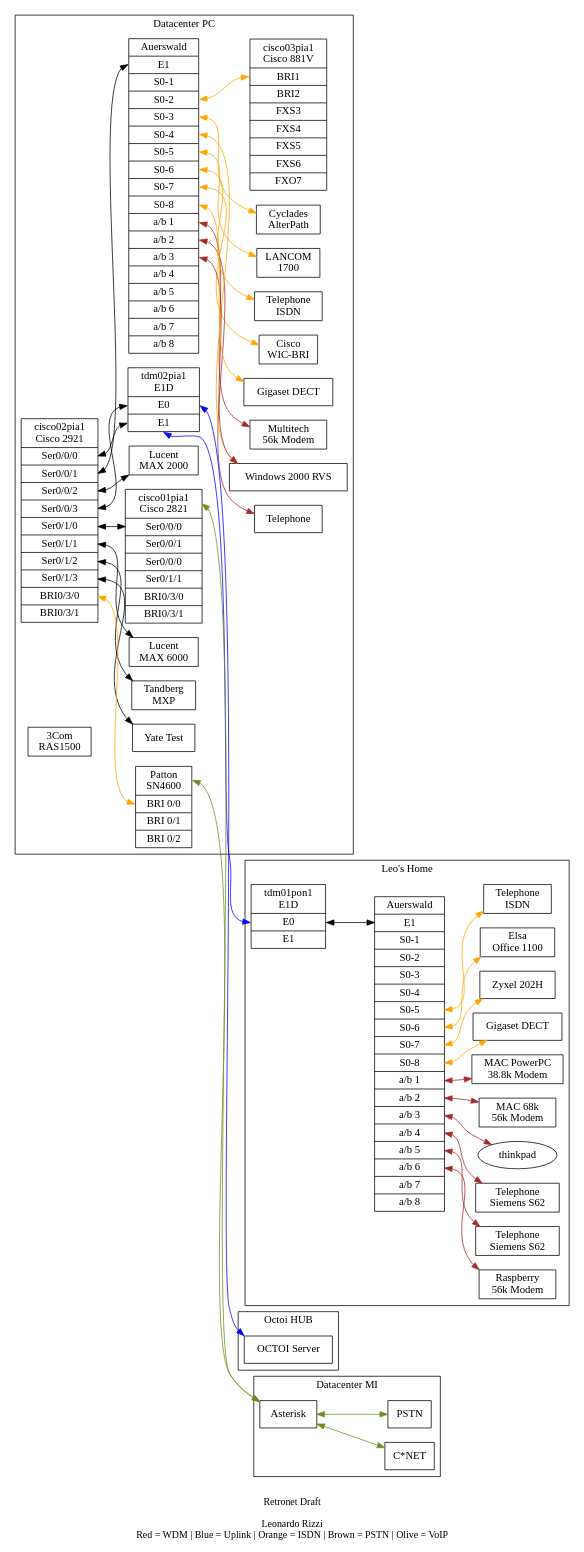
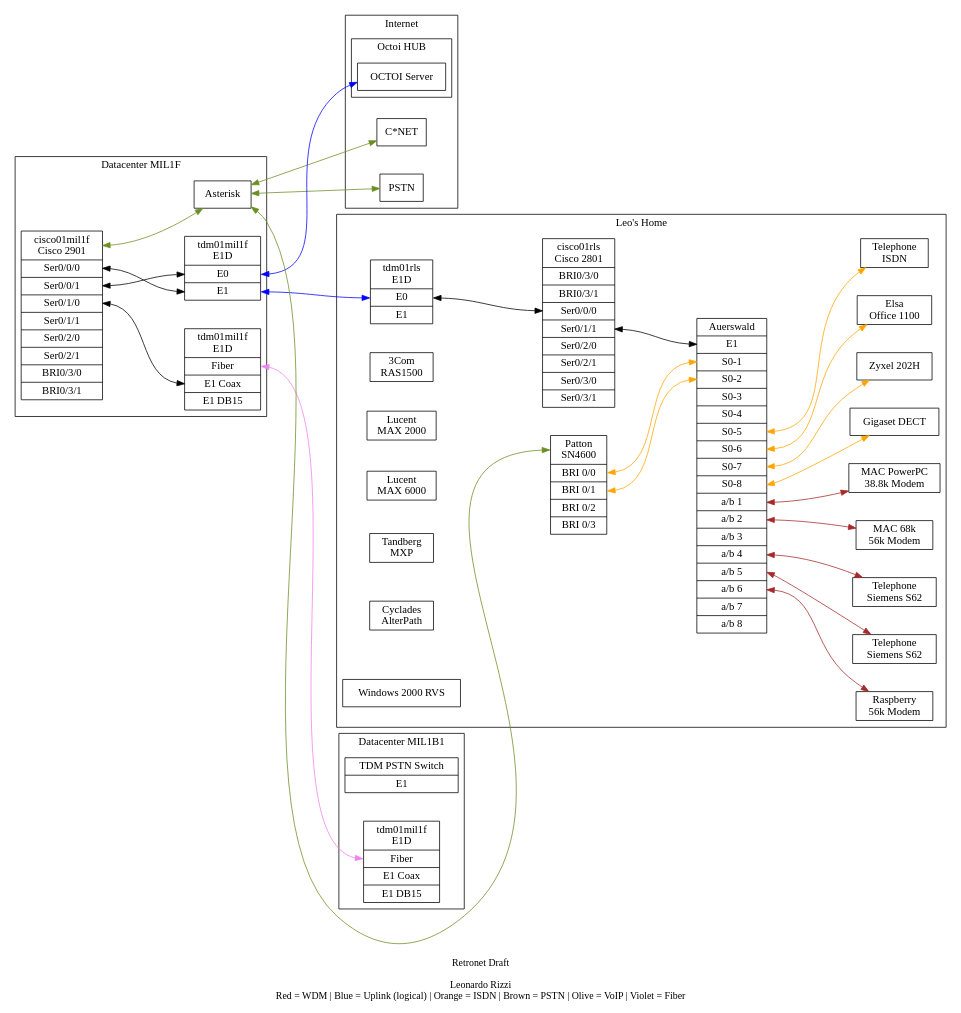
One commit to lrizzi/retronet changed the diagram in e1d.gv. Above: the diagram before and after it, drawn with Graphviz. The commit also changed 2 other files, not shown here.

```diff
--- a/e1d.gv
+++ b/e1d.gv
@@ -1,176 +1,150 @@
 graph TDM {
-//graph [nodesep=0.5, ranksep=0.5];
+graph [nodesep=0.5, ranksep=1.5];
 //rankdir=RL;
 rankdir=LR;
 //clusterrank=none
 compound=true;
 edge [dir="both"]
 //concentrate=true
 
 subgraph cluster0 {
-  label="Datacenter PC";
-  compt01pia1 [shape=record,label="<host>Auerswald|<e1>E1|<s01>S0-1|<s02>S0-2|<s03>S0-3|<s04>S0-4|<s05>S0-5|<s06>S0-6|<s07>S0-7|<s08>S0-8|<ab1>a/b 1|<ab2>a/b 2|<ab3>a/b 3|<ab4>a/b 4|<ab5>a/b 5|<ab6>a/b 6|<ab7>a/b 7|<ab8>a/b 8"];
-  //tdm01pia1 [shape=record,label="<host>tdm01pia1\nPacketBand|<e1>E1"];
-  tdm02pia1 [shape=record,label="<host>tdm02pia1\nE1D|<e0>E0|<e1>E1"];
+  label="Internet";
 
-  cisco01pia1 [shape=record,label="<host>cisco01pia1\nCisco 2821|<s000>Ser0/0/0|<s001>Ser0/0/1|<s010>Ser0/0/0|<s011>Ser0/1/1|<bri030>BRI0/3/0|<bri031>BRI0/3/1"];
-  cisco02pia1 [shape=record,label="<host>cisco02pia1\nCisco 2921|<s000>Ser0/0/0|<s001>Ser0/0/1|<s002>Ser0/0/2|<s003>Ser0/0/3|<s010>Ser0/1/0|<s011>Ser0/1/1|<s012>Ser0/1/2|<s013>Ser0/1/3|<bri030>BRI0/3/0|<bri031>BRI0/3/1"];
+  cnet [shape=record,label="<host>C*NET"]
+  pstn [shape=record,label="<host>PSTN"]
 
-  cisco03pia1 [shape=record,label="<host>cisco03pia1\nCisco 881V|<bri1>BRI1|<bri2>BRI2|<fxs3>FXS3|<fxs4>FXS4|<fxs5>FXS5|<fxs6>FXS6|<fxo7>FXO7"];
+subgraph cluster00 {
+  label="Octoi HUB";
 
+  octoihub [shape=record,label="OCTOI Server"];
 
-  ras01pia1 [shape=record,label="<host>3Com\nRAS1500"]
-  max01pia1 [shape=record,label="<host>Lucent\nMAX 2000"]
-  max02pia1 [shape=record,label="<host>Lucent\nMAX 6000"]
+}
+}
+
+subgraph cluster1 {
+  label="Datacenter MIL1F";
+  
+  pbx02mil1 [shape=record,label="<host>Asterisk"]
+
+  tdm01mil1f [shape=record,label="<host>tdm01mil1f\nE1D|<e0>E0|<e1>E1"];
+  cisco01mil1f [shape=record,label="<host>cisco01mil1f\nCisco 2901|<s000>Ser0/0/0|<s001>Ser0/0/1|<s010>Ser0/1/0|<s011>Ser0/1/1|<s020>Ser0/2/0|<s021>Ser0/2/1|<bri030>BRI0/3/0|<bri031>BRI0/3/1"];
+
+  fom01mil1f [shape=record,label="<host>tdm01mil1f\nE1D|<fiber>Fiber|<e1coax>E1 Coax|<e1db15>E1 DB15"];
+
+}
+
+subgraph cluster2 {
+  label="Datacenter MIL1B1";
+  
+  tdm01mil1b1 [shape=record,label="<host>TDM PSTN Switch|<e1>E1"];
+  fom01mil1b1 [shape=record,label="<host>tdm01mil1f\nE1D|<fiber>Fiber|<e1coax>E1 Coax|<e1db15>E1 DB15"];
+  
+}
+
+subgraph cluster3 {
+  label="Leo's Home";
+  compt01rls [shape=record,label="<host>Auerswald|<e1>E1|<s01>S0-1|<s02>S0-2|<s03>S0-3|<s04>S0-4|<s05>S0-5|<s06>S0-6|<s07>S0-7|<s08>S0-8|<ab1>a/b 1|<ab2>a/b 2|<ab3>a/b 3|<ab4>a/b 4|<ab5>a/b 5|<ab6>a/b 6|<ab7>a/b 7|<ab8>a/b 8"];
+  tdm01rls [shape=record,label="<host>tdm01rls\nE1D|<e0>E0|<e1>E1"];
+
+  gigaset01rls [shape=record,label="Gigaset DECT"];
+  r02rls [shape=record,label="Zyxel 202H"]
+  r01rls [shape=record,label="Elsa\nOffice 1100"]
+
+  tel01rls [shape=record,label="Telephone\nSiemens S62"];
+  tel02rls [shape=record,label="Telephone\nSiemens S62"];
+
+  itel01rls [shape=record,label="Telephone\nISDN"];
+  
+  modem01rls [shape=record,label="MAC PowerPC\n38.8k Modem"];
+  modem02rls [shape=record,label="MAC 68k\n56k Modem"];
+  modem03rls [shape=record,label="Raspberry\n56k Modem"];
+
+  patton01 [shape=record,label="<host>Patton\nSN4600|<bri00>BRI 0/0|<bri01>BRI 0/1|<bri02>BRI 0/2|<bri03>BRI 0/3"]
+  cisco01rls [shape=record,label="<host>cisco01rls\nCisco 2801|<bri030>BRI0/3/0|<bri031>BRI0/3/1|<s010>Ser0/0/0|<s011>Ser0/1/1|<s020>Ser0/2/0|<s021>Ser0/2/1|<s030>Ser0/3/0|<s031>Ser0/3/1"];
+
+  //compt02rls [shape=record,label="<host>Auerswald|<e1>E1|<s01>S0-1|<s02>S0-2|<s03>S0-3|<s04>S0-4|<s05>S0-5|<s06>S0-6|<s07>S0-7|<s08>S0-8|<ab1>a/b 1|<ab2>a/b 2|<ab3>a/b 3|<ab4>a/b 4|<ab5>a/b 5|<ab6>a/b 6|<ab7>a/b 7|<ab8>a/b 8"];
+  //cisco01rls [shape=record,label="<host>cisco01rls\nCisco 2821|<s000>Ser0/0/0|<s001>Ser0/0/1|<s010>Ser0/0/0|<s011>Ser0/1/1|<bri030>BRI0/3/0|<bri031>BRI0/3/1"];
+  //cisco02rls [shape=record,label="<host>cisco02rls\nCisco 2921|<s000>Ser0/0/0|<s001>Ser0/0/1|<s002>Ser0/0/2|<s003>Ser0/0/3|<s010>Ser0/1/0|<s011>Ser0/1/1|<s012>Ser0/1/2|<s013>Ser0/1/3|<bri030>BRI0/3/0|<bri031>BRI0/3/1"];
+  //cisco03rls [shape=record,label="<host>cisco03rls\nCisco 881V|<bri1>BRI1|<bri2>BRI2|<fxs3>FXS3|<fxs4>FXS4|<fxs5>FXS5|<fxs6>FXS6|<fxo7>FXO7"];
+
+  ras01rls [shape=record,label="<host>3Com\nRAS1500"]
+  max01rls [shape=record,label="<host>Lucent\nMAX 2000"]
+  max02rls [shape=record,label="<host>Lucent\nMAX 6000"]
   tandberg01 [shape=record,label="<host>Tandberg\nMXP"]
 
   tsrv01 [shape=record,label="<host>Cyclades\nAlterPath"]
 
-  r01pia1 [shape=record,label="<host>Cisco\nWIC-BRI"]
-  r02pia1 [shape=record,label="<host>LANCOM\n1700"]
-
-  modem01pia1 [shape=record,label="Multitech\n56k Modem"];
-
-  tel01pia1 [shape=record,label="Telephone"];
+  // r01rls [shape=record,label="<host>Cisco\nWIC-BRI"]
+  // r02rls [shape=record,label="<host>LANCOM\n1700"]
+  //modem01rls [shape=record,label="Multitech\n56k Modem"];
+  //tel01rls [shape=record,label="Telephone"];
 
   win2000 [shape=record,label="Windows 2000 RVS"];
-  yate01 [shape=record,label="Yate Test"];
-
-
-  gigaset01pia1 [shape=record,label="Gigaset DECT"];
-
-  itel01pia1 [shape=record,label="Telephone\nISDN"];
-
-  patton01 [shape=record,label="<host>Patton\nSN4600|<bri00>BRI 0/0|<bri01>BRI 0/1|<bri02>BRI 0/2"]
-
-  subgraph cluster_00 {
-  label="External"
-//  Telnet [shape=record,label="<host>Telnet|<transit>Transit|<access>Access"];
-//  MinapF [shape=record,label="<host>Minap Telnet|<p01>Port 01|<p02> Port 02|<p03> Port 03"];
-}
-}
-
-subgraph cluster1 {
-  label="Datacenter MI";
-  //compt01mil1 [shape=record,label="<host>compt01mil1\nAuerswald|<e1>E1|<s01>S0-1|<s02>S0-2|<s03>S0-3|<s04>S0-4|<s05>S0-5|<s06>S0-6|<s07>S0-7|<s08>S0-8|"];
-  //tdm01mil1 [shape=record,label="<host>tdm01mil1\nPacketBand|<e1>E1"];
-  
-  //r01mil1 [shape=record,label="<host>Cisco\nWIC-BRI"]
-  //patton01mil1 [shape=record,label="<host>Patton\nSmartNode"]
-  pbx02mil1 [shape=record,label="<host>Asterisk"]
-
-  cnet [shape=record,label="<host>C*NET"]
-  pstn [shape=record,label="<host>PSTN"]
-
-  // Service provider
-  subgraph cluster_10 {
-  label="External"
-}
-}
-
-subgraph cluster2 {
-  label="Leo's Home";
-  compt01pon1 [shape=record,label="<host>Auerswald|<e1>E1|<s01>S0-1|<s02>S0-2|<s03>S0-3|<s04>S0-4|<s05>S0-5|<s06>S0-6|<s07>S0-7|<s08>S0-8|<ab1>a/b 1|<ab2>a/b 2|<ab3>a/b 3|<ab4>a/b 4|<ab5>a/b 5|<ab6>a/b 6|<ab7>a/b 7|<ab8>a/b 8"];
-  tdm01pon1 [shape=record,label="<host>tdm01pon1\nE1D|<e0>E0|<e1>E1"];
-
-  gigaset01pon1 [shape=record,label="Gigaset DECT"];
-  r02pon1 [shape=record,label="Zyxel 202H"]
-  r01pon1 [shape=record,label="Elsa\nOffice 1100"]
-
-
-  tel01pon1 [shape=record,label="Telephone\nSiemens S62"];
-  tel02pon1 [shape=record,label="Telephone\nSiemens S62"];
-
-  itel01pon1 [shape=record,label="Telephone\nISDN"];
-  
-  modem01pon1 [shape=record,label="MAC PowerPC\n38.8k Modem"];
-  modem02pon1 [shape=record,label="MAC 68k\n56k Modem"];
-  modem03pon1 [shape=record,label="Raspberry\n56k Modem"];
-
-  thinkpad
-
-
-  // Service provider
-  subgraph cluster_20 {
-  label="External"
-}
-}
-
-subgraph cluster3 {
-  label="Octoi HUB";
-
-
-  octoihub [shape=record,label="OCTOI Server"];
+  //gigaset02rls [shape=record,label="Gigaset DECT"];
 
 }
 
+// OCTOI Logical Link
+tdm01mil1f:e1 -- tdm01rls:e0 [color=blue]
+tdm01mil1f:e0 -- octoihub:host [color=blue]
 
-//tdm01mil1:host -- tdm01pia1:host [color=blue]
-tdm02pia1:e1 -- tdm01pon1:e0 [color=blue]
-tdm02pia1:e0 -- octoihub:host [color=blue]
+// MIL1 Campus Link
+fom01mil1f:fiber -- fom01mil1b1:fiber [color=violet]
 
-//PIA1 E1 Switch
-cisco02pia1:s000 -- tdm02pia1:e1
-cisco02pia1:s001 -- compt01pia1:e1
-cisco02pia1:s002 -- max01pia1:e1
-cisco02pia1:s003 -- tdm02pia1:e0
-cisco02pia1:s010 -- cisco01pia1:s000
-cisco02pia1:s011 -- max02pia1
-cisco02pia1:s012 -- tandberg01
-cisco02pia1:s013 -- yate01
+// MIL1F E1 Switch
 
+cisco01mil1f:s000 -- tdm01mil1f:e1
+cisco01mil1f:s001 -- tdm01mil1f:e0
+cisco01mil1f:s010 -- fom01mil1f:e1coax
 
-
-
-cisco02pia1:bri030 -- patton01:bri00 [color=orange]
-
-
-
-//compt01pia1:s01 -- patton01 [color=orange] temporary at PON1
-
-compt01pia1:s05 -- r02pia1 [color=orange]
-compt01pia1:s06 -- itel01pia1 [color=orange]
-compt01pia1:s07 -- r01pia1 [color=orange]
-compt01pia1:s08 -- gigaset01pia1 [color=orange]
-
-compt01pia1:ab1 -- modem01pia1 [color=brown]
-compt01pia1:ab2 -- tel01pia1 [color=brown]
-
-compt01pia1:s04 -- win2000 [color=orange]
-compt01pia1:ab3 -- win2000 [color=brown]
-
-compt01pia1:s02 -- cisco03pia1:bri1 [color=orange]
-
-compt01pia1:s03 -- tsrv01 [color=orange]
+//Moved to RLS
+//cisco02rls:s000 -- tdm01mil1f:e1
+//cisco02rls:s001 -- compt01rls:e1
+//cisco02rls:s002 -- max01rls:e1
+//cisco02rls:s003 -- tdm01mil1f:e0
+//cisco02rls:s010 -- cisco01rls:s000
+//cisco02rls:s011 -- max02rls
+//cisco02rls:s012 -- tandberg01
+//compt01rls:s05 -- r02rls [color=orange]
+//compt01rls:s07 -- r01rls [color=orange]
+//compt01rls:ab1 -- modem01rls [color=brown]
+//compt01rls:ab2 -- tel01rls [color=brown]
+//compt01rls:s04 -- win2000 [color=orange]
+//compt01rls:ab3 -- win2000 [color=brown]
+//compt01rls:s02 -- cisco03rls:bri1 [color=orange]
+//compt01rls:s03 -- tsrv01 [color=orange]
 
 
 //MIL1
 //tdm01mil1:e1 -- compt01mil1:e1 
 //compt01mil1:s01 -- r01mil1 [color=orange]
 //compt01mil1:s02 -- patton01mil1 [color=orange]
-cisco01pia1:host -- pbx02mil1 [color=olivedrab]
+cisco01mil1f:host -- pbx02mil1 [color=olivedrab]
 patton01:host -- pbx02mil1 [color=olivedrab]
 pbx02mil1 -- cnet [color=olivedrab]
 pbx02mil1 -- pstn [color=olivedrab]
 
-//PON
-tdm01pon1:e0 -- compt01pon1:e1
+//RLS
+tdm01rls:e0 -- cisco01rls:s010
+cisco01rls:s011 -- compt01rls:e1
 
+compt01rls:s05 -- itel01rls [color=orange]
+compt01rls:s06 -- r01rls [color=orange]
+compt01rls:s07 -- r02rls [color=orange]
+compt01rls:s08 -- gigaset01rls [color=orange]
 
-compt01pon1:s05 -- itel01pon1 [color=orange]
-compt01pon1:s06 -- r01pon1 [color=orange]
-compt01pon1:s07 -- r02pon1 [color=orange]
-compt01pon1:s08 -- gigaset01pon1 [color=orange]
+compt01rls:ab1 -- modem01rls [color=brown]
+compt01rls:ab2 -- modem02rls [color=brown]
+//compt01rls:ab3 -- thinkpad [color=brown]
+compt01rls:ab4 -- tel01rls [color=brown]
+compt01rls:ab5 -- tel02rls [color=brown]
+compt01rls:ab6 -- modem03rls [color=brown]
 
-compt01pon1:ab1 -- modem01pon1 [color=brown]
-compt01pon1:ab2 -- modem02pon1 [color=brown]
-compt01pon1:ab3 -- thinkpad [color=brown]
-compt01pon1:ab4 -- tel01pon1 [color=brown]
-compt01pon1:ab5 -- tel02pon1 [color=brown]
-compt01pon1:ab6 -- modem03pon1 [color=brown]
+patton01:bri00 -- compt01rls:s01 [color=orange]
+patton01:bri01 -- compt01rls:s02 [color=orange]
 
 
 
-label = "\nRetronet Draft\n\nLeonardo Rizzi\nRed = WDM | Blue = Uplink | Orange = ISDN | Brown = PSTN | Olive = VoIP";
+label = "\nRetronet Draft\n\nLeonardo Rizzi\nRed = WDM | Blue = Uplink (logical) | Orange = ISDN | Brown = PSTN | Olive = VoIP | Violet = Fiber";
 fontsize=13;
 }
```
